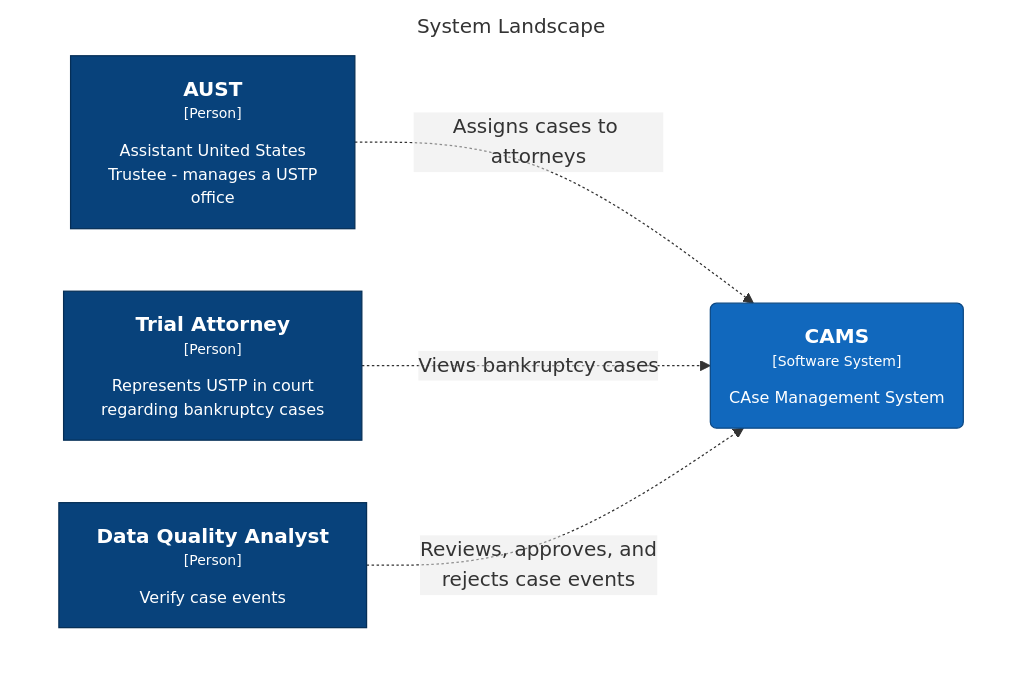
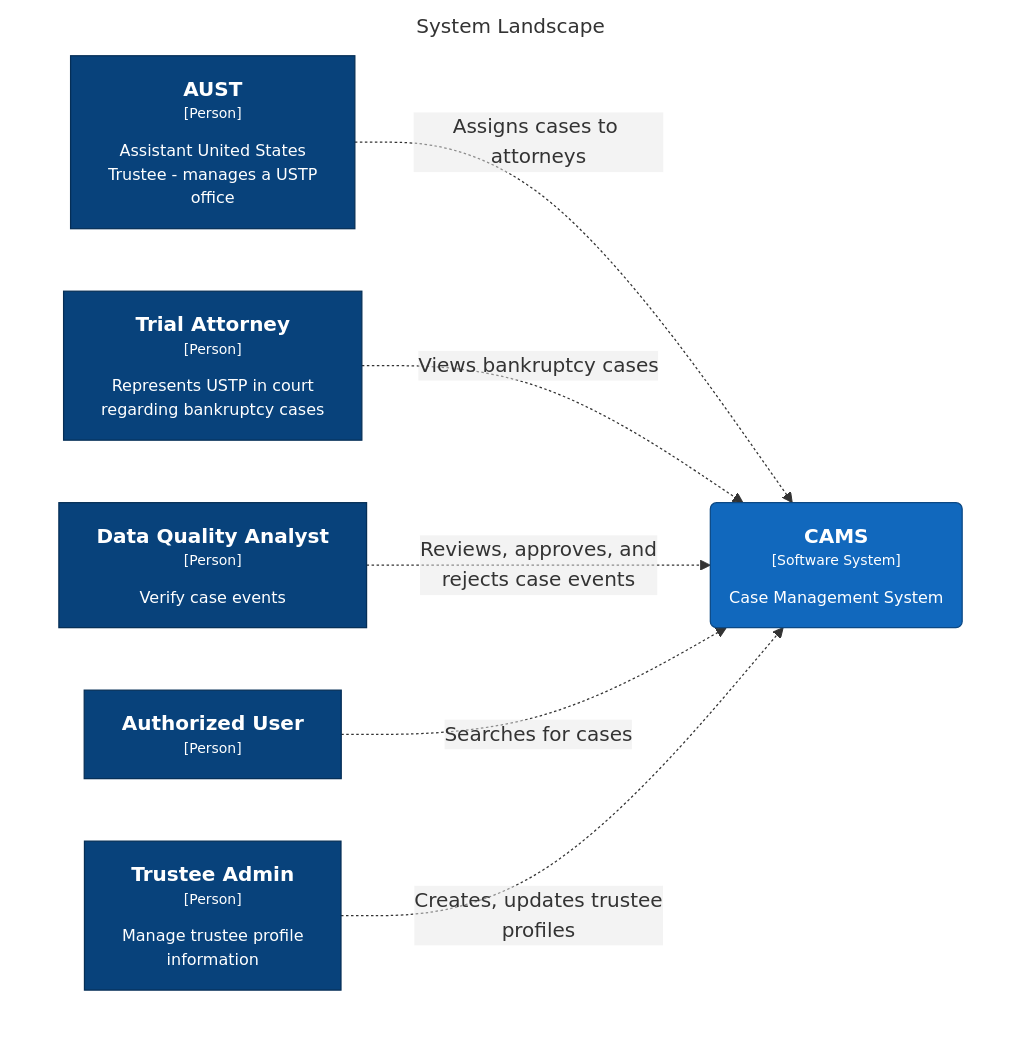
The diagram in docs/architecture/diagrams/cams-context.md (US-Trustee-Program/Bankruptcy-Oversight-Support-Systems), drawn with Mermaid before and after one commit. The commit also changed 8 other files, not shown here.

First line of the commit message:
Update structurizr dsl and diagrams

````diff
--- a/docs/architecture/diagrams/cams-context.md
+++ b/docs/architecture/diagrams/cams-context.md
@@ -3,21 +3,27 @@
 ```mermaid
 graph TB
   linkStyle default fill:#ffffff
 
   subgraph diagram ["System Landscape"]
     style diagram fill:#ffffff,stroke:#ffffff
 
     1["<div style='font-weight: bold'>AUST</div><div style='font-size: 70%; margin-top: 0px'>[Person]</div><div style='font-size: 80%; margin-top:10px'>Assistant United States<br />Trustee - manages a USTP<br />office</div>"]
     style 1 fill:#08427b,stroke:#052e56,color:#ffffff
     2["<div style='font-weight: bold'>Trial Attorney</div><div style='font-size: 70%; margin-top: 0px'>[Person]</div><div style='font-size: 80%; margin-top:10px'>Represents USTP in court<br />regarding bankruptcy cases</div>"]
     style 2 fill:#08427b,stroke:#052e56,color:#ffffff
     3["<div style='font-weight: bold'>Data Quality Analyst</div><div style='font-size: 70%; margin-top: 0px'>[Person]</div><div style='font-size: 80%; margin-top:10px'>Verify case events</div>"]
     style 3 fill:#08427b,stroke:#052e56,color:#ffffff
-    4("<div style='font-weight: bold'>CAMS</div><div style='font-size: 70%; margin-top: 0px'>[Software System]</div><div style='font-size: 80%; margin-top:10px'>CAse Management System</div>")
-    style 4 fill:#1168bd,stroke:#0b4884,color:#ffffff
+    4["<div style='font-weight: bold'>Trustee Admin</div><div style='font-size: 70%; margin-top: 0px'>[Person]</div><div style='font-size: 80%; margin-top:10px'>Manage trustee profile<br />information</div>"]
+    style 4 fill:#08427b,stroke:#052e56,color:#ffffff
+    5["<div style='font-weight: bold'>Authorized User</div><div style='font-size: 70%; margin-top: 0px'>[Person]</div>"]
+    style 5 fill:#08427b,stroke:#052e56,color:#ffffff
+    6("<div style='font-weight: bold'>CAMS</div><div style='font-size: 70%; margin-top: 0px'>[Software System]</div><div style='font-size: 80%; margin-top:10px'>Case Management System</div>")
+    style 6 fill:#1168bd,stroke:#0b4884,color:#ffffff
 
-    1-. "<div>Assigns cases to attorneys</div><div style='font-size: 70%'></div>" .->4
-    2-. "<div>Views bankruptcy cases</div><div style='font-size: 70%'></div>" .->4
-    3-. "<div>Reviews, approves, and<br />rejects case events</div><div style='font-size: 70%'></div>" .->4
+    1-. "<div>Assigns cases to attorneys</div><div style='font-size: 70%'></div>" .->6
+    2-. "<div>Views bankruptcy cases</div><div style='font-size: 70%'></div>" .->6
+    3-. "<div>Reviews, approves, and<br />rejects case events</div><div style='font-size: 70%'></div>" .->6
+    5-. "<div>Searches for cases</div><div style='font-size: 70%'></div>" .->6
+    4-. "<div>Creates, updates trustee<br />profiles</div><div style='font-size: 70%'></div>" .->6
   end
 ```
````
